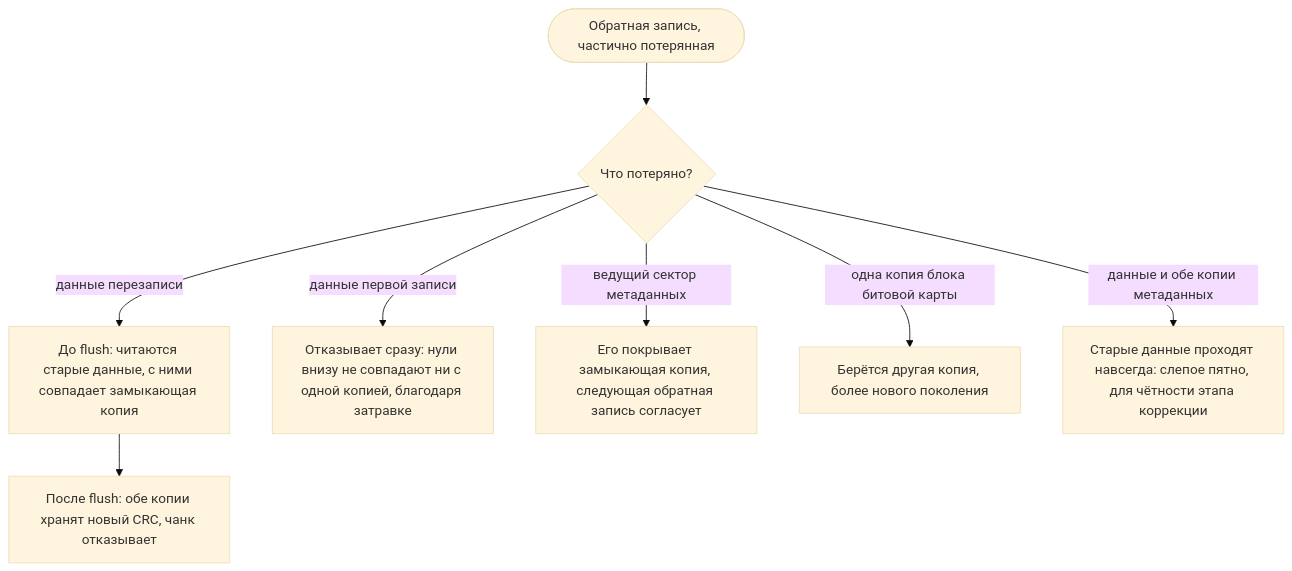
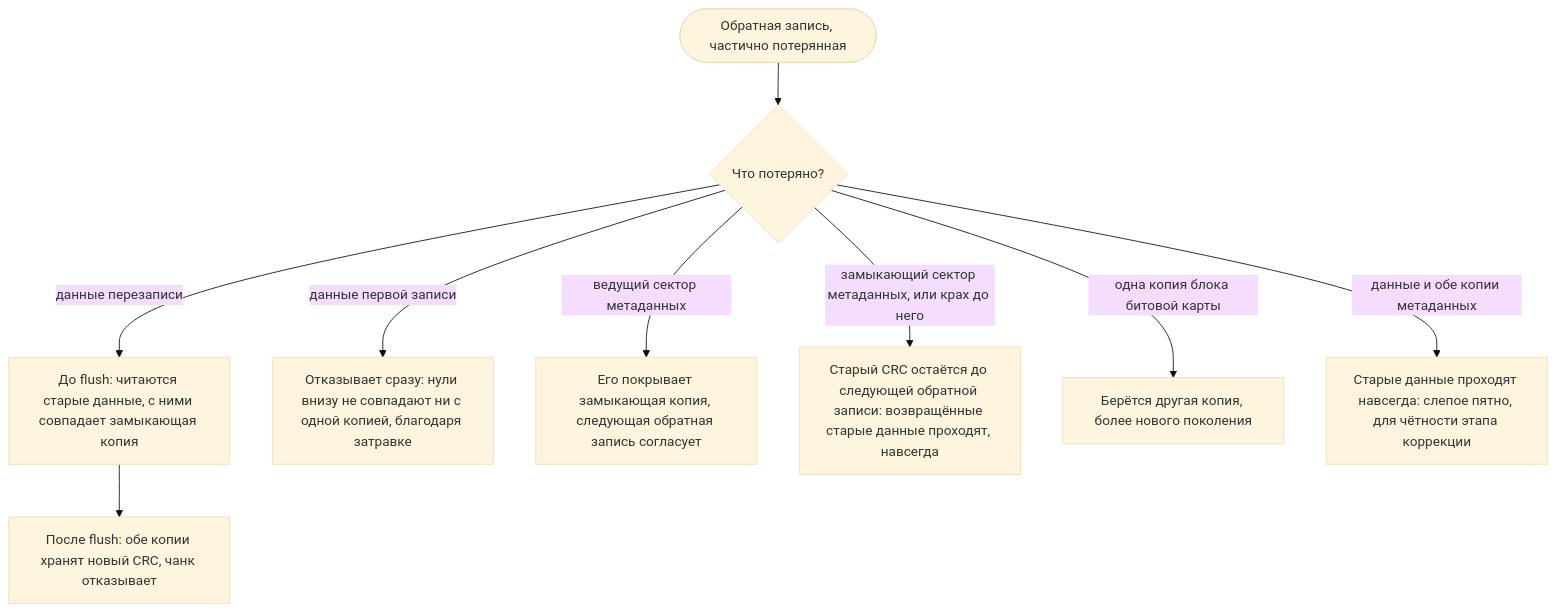
Before and after one commit to Dx-by-Dy/Automatic-Error-Correction-Driver: diagram 15 of 22 in docs/ru/DIAGRAMS.md, drawn with Mermaid (base theme). The commit also changed other lines of this file and 15 other files, not shown here.

````diff
--- a/docs/ru/DIAGRAMS.md
+++ b/docs/ru/DIAGRAMS.md
@@ -384,10 +402,11 @@
 ```mermaid
 flowchart TD
     lost(["Обратная запись, частично потерянная"]) --> what{"Что потеряно?"}
     what -- "данные перезаписи" --> a1["До flush: читаются старые данные, с ними совпадает замыкающая копия"]
     a1 --> a2["После flush: обе копии хранят новый CRC, чанк отказывает"]
     what -- "данные первой записи" --> b1["Отказывает сразу: нули внизу не совпадают ни с одной копией, благодаря затравке"]
     what -- "ведущий сектор метаданных" --> c1["Его покрывает замыкающая копия, следующая обратная запись согласует"]
+    what -- "замыкающий сектор метаданных, или крах до него" --> t1["Старый CRC остаётся до следующей обратной записи: возвращённые старые данные проходят, навсегда"]
     what -- "одна копия блока битовой карты" --> d1["Берётся другая копия, более нового поколения"]
     what -- "данные и обе копии метаданных" --> e1["Старые данные проходят навсегда: слепое пятно, для чётности этапа коррекции"]
 ```
````
